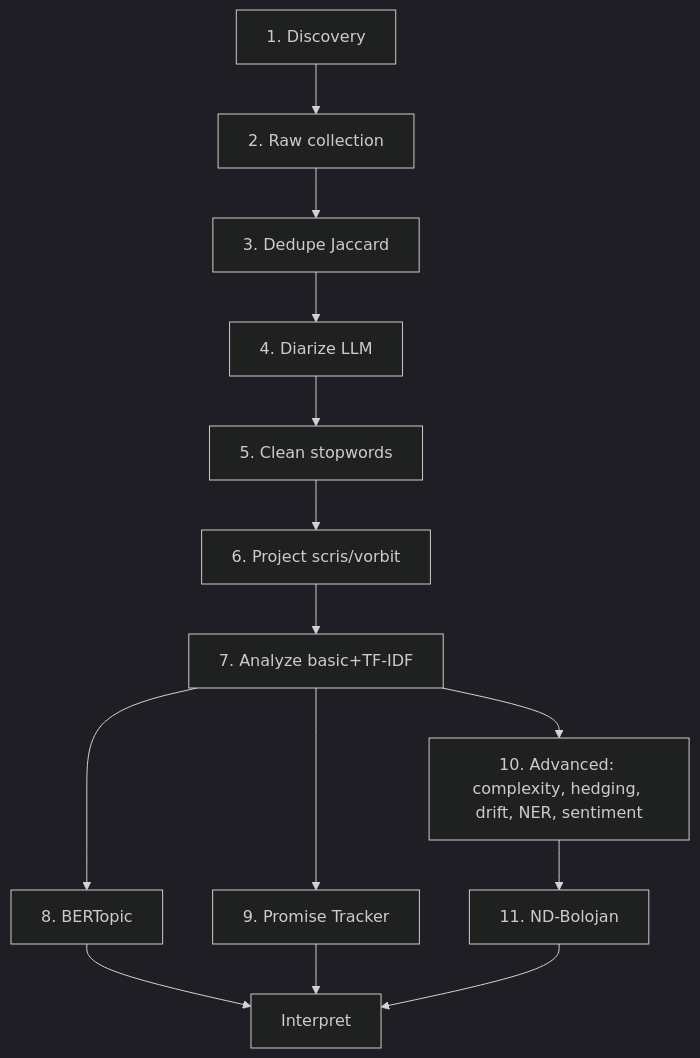
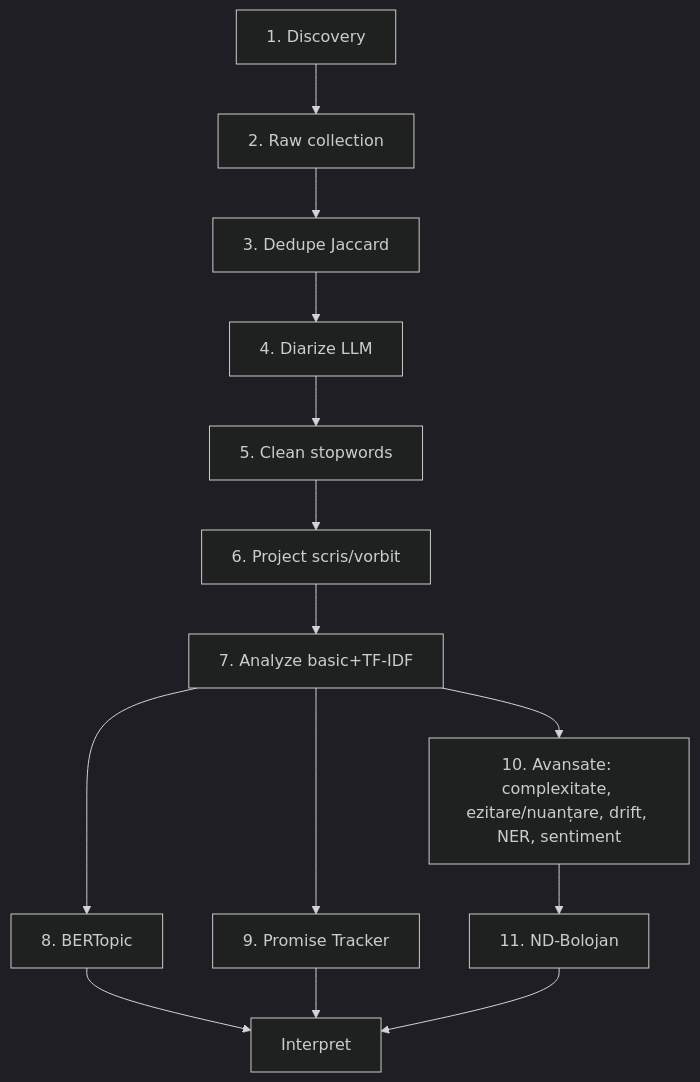
Before and after one commit to radusqrt/evolutie-discurs-nicusor-dan: the diagram in site/metoda.qmd, drawn with Mermaid (dark theme). The commit also changed other lines of this file and 7 other files, not shown here.

First line of the commit message:
i18n: înlocuit jargon 'hedging' cu 'ezitare / nuanțare în limbaj' (RO native)

````diff
--- a/site/metoda.qmd
+++ b/site/metoda.qmd
@@ -19,16 +19,16 @@
 ```{mermaid}
 flowchart TB
     A[1. Discovery] --> B[2. Raw collection]
     B --> C[3. Dedupe Jaccard]
     C --> D[4. Diarize LLM]
     D --> E[5. Clean stopwords]
     E --> F[6. Project scris/vorbit]
     F --> G[7. Analyze basic+TF-IDF]
     G --> H[8. BERTopic]
     G --> I[9. Promise Tracker]
-    G --> J[10. Advanced: complexity, hedging, drift, NER, sentiment]
+    G --> J[10. Avansate: complexitate, ezitare/nuanțare, drift, NER, sentiment]
     J --> K[11. ND-Bolojan]
     H --> L[Interpret]
     I --> L
     K --> L
 ```
````
